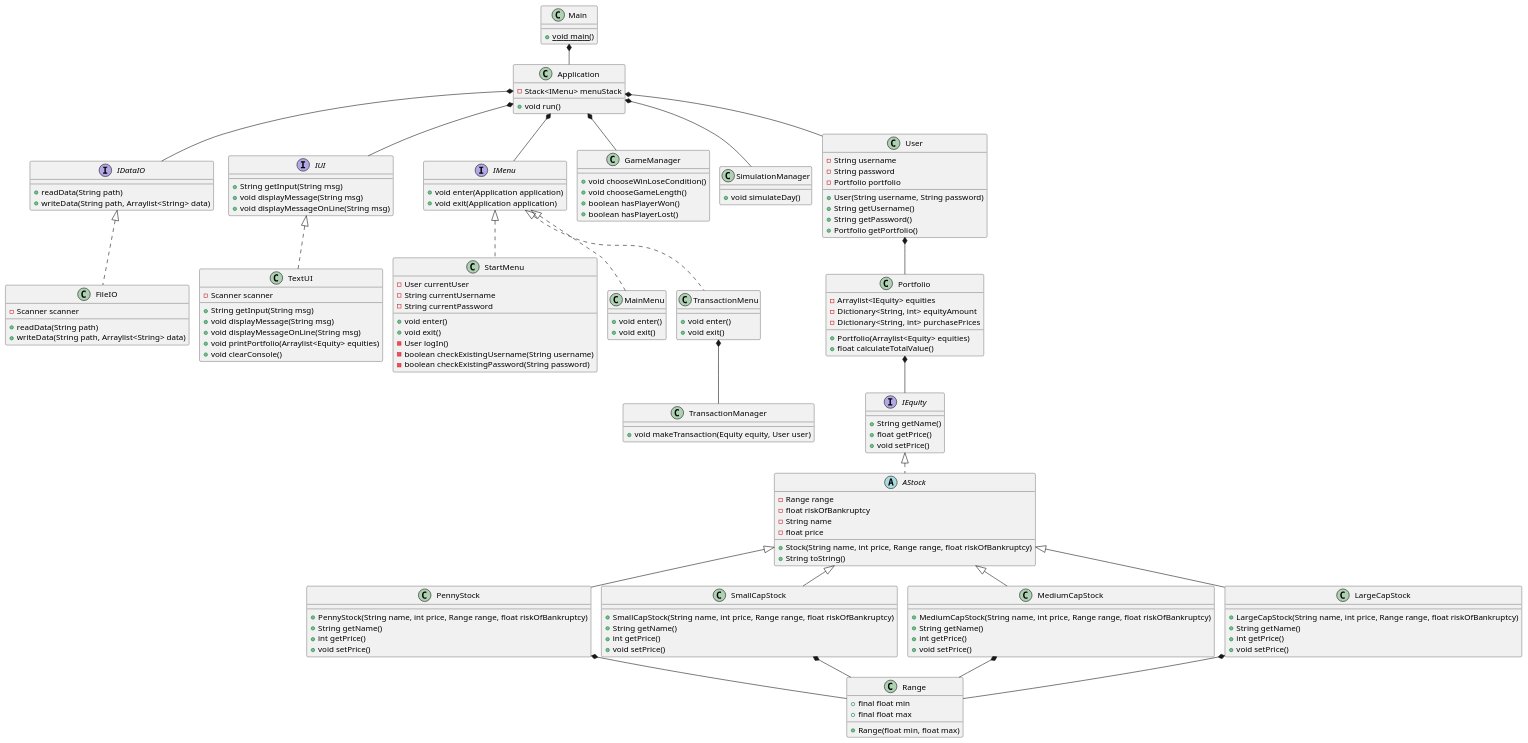
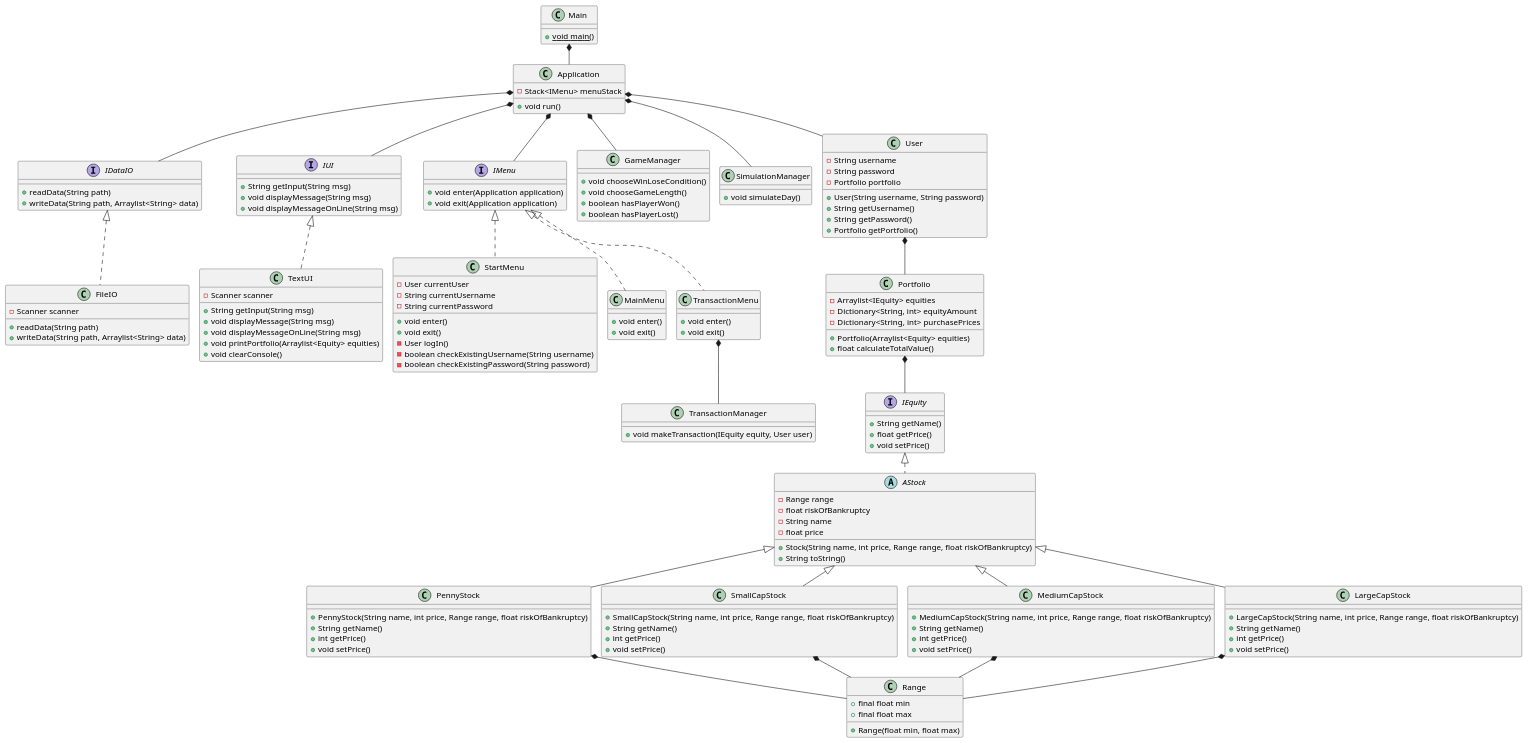
Before and after one commit to TobiasTheDanish/AktieSpil: the diagram in Documentation/KlasseDiagram.puml, drawn with PlantUML. The commit also changed 3 other files, not shown here.

```diff
--- a/Documentation/KlasseDiagram.puml
+++ b/Documentation/KlasseDiagram.puml
@@ -1,161 +1,161 @@
 @startuml
 !pragma layout smetana
 'https://plantuml.com/class-diagram
 class Main {
     + {static} void main()
 }
 
 class Application {
     - Stack<IMenu> menuStack
     + void run()
 }
 
 interface IDataIO {
     + readData(String path)
     + writeData(String path, Arraylist<String> data)
 }
 
 class FileIO implements IDataIO {
     - Scanner scanner
     + readData(String path)
     + writeData(String path, Arraylist<String> data)
 
 }
 
 interface IUI {
     + String getInput(String msg)
     + void displayMessage(String msg)
     + void displayMessageOnLine(String msg)
 }
 
 class TextUI implements IUI {
     - Scanner scanner
     + String getInput(String msg)
     + void displayMessage(String msg)
     + void displayMessageOnLine(String msg)
     + void printPortfolio(Arraylist<Equity> equities)
     + void clearConsole()
 }
 
 interface IMenu {
     + void enter(Application application)
     + void exit(Application application)
 }
 
 class StartMenu implements IMenu {
     - User currentUser
     - String currentUsername
     - String currentPassword
     + void enter()
     + void exit()
     - User logIn()
     - boolean checkExistingUsername(String username)
     - boolean checkExistingPassword(String password)
 }
 
 class MainMenu implements IMenu {
     + void enter()
     + void exit()
 }
 
 class TransactionMenu implements IMenu {
     + void enter()
     + void exit()
 }
 
 class TransactionManager {
-    + void makeTransaction(Equity equity, User user)
+    + void makeTransaction(IEquity equity, User user)
 }
 
 class GameManager {
     + void chooseWinLoseCondition()
     + void chooseGameLength()
     + boolean hasPlayerWon()
     + boolean hasPlayerLost()
 }
 
 class SimulationManager {
     + void simulateDay()
 }
 
 class User {
     - String username
     - String password
     - Portfolio portfolio
     + User(String username, String password)
     + String getUsername()
     + String getPassword()
     + Portfolio getPortfolio()
 }
 
 class Portfolio {
     - Arraylist<IEquity> equities
     - Dictionary<String, int> equityAmount
     - Dictionary<String, int> purchasePrices
     + Portfolio(Arraylist<Equity> equities)
     + float calculateTotalValue()
 }
 
 interface IEquity {
     + String getName()
     + float getPrice()
     + void setPrice()
 }
 
 abstract class AStock implements IEquity {
     - Range range
     - float riskOfBankruptcy
     - String name
     - float price
     + Stock(String name, int price, Range range, float riskOfBankruptcy)
     + String toString()
 }
 
 class PennyStock extends AStock {
     + PennyStock(String name, int price, Range range, float riskOfBankruptcy)
     + String getName()
     + int getPrice()
     + void setPrice()
 }
 class SmallCapStock extends AStock {
     + SmallCapStock(String name, int price, Range range, float riskOfBankruptcy)
     + String getName()
     + int getPrice()
     + void setPrice()
 }
 class MediumCapStock extends AStock {
     + MediumCapStock(String name, int price, Range range, float riskOfBankruptcy)
     + String getName()
     + int getPrice()
     + void setPrice()
 }
 class LargeCapStock extends AStock {
     + LargeCapStock(String name, int price, Range range, float riskOfBankruptcy)
     + String getName()
     + int getPrice()
     + void setPrice()
 }
 
 class Range {
     + final float min
     + final float max
     + Range(float min, float max)
 }
 
 Main *-- Application
 Application *-- IMenu
 Application *-- User
 Application *-- SimulationManager
 Application *-- GameManager
 Application *-- IUI
 Application *-- IDataIO
 
 TransactionMenu *-- TransactionManager
 
 User *-- Portfolio
 Portfolio *-- IEquity
 PennyStock *-- Range
 SmallCapStock *-- Range
 MediumCapStock *-- Range
 LargeCapStock *-- Range
 @enduml
```
